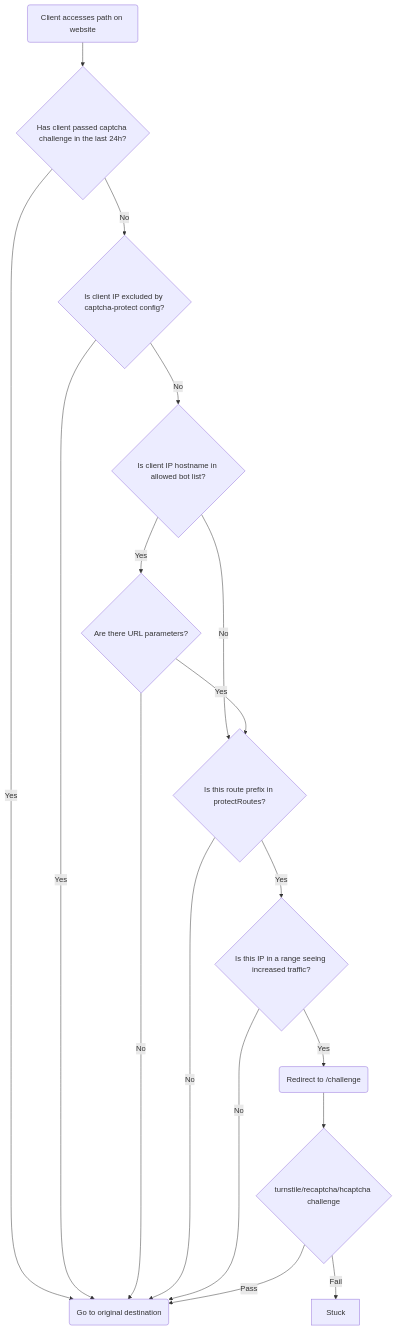
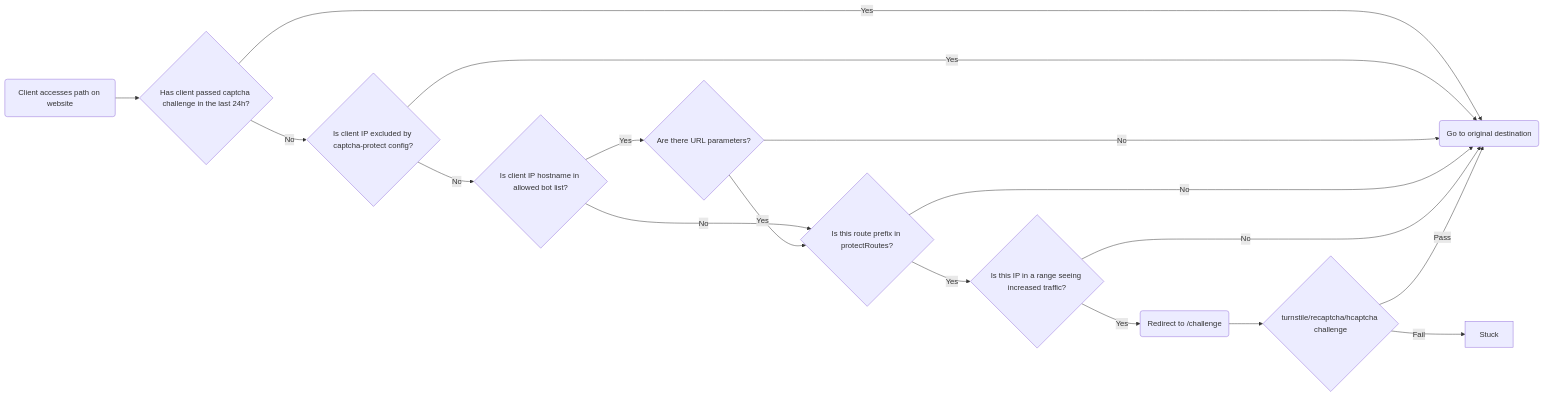
The diagram in README.md (libops/captcha-protect), drawn with Mermaid before and after one commit.

Commit message:
TD -> LR

````diff
--- a/README.md
+++ b/README.md
@@ -11,19 +11,19 @@
 ```mermaid
-flowchart TD
+flowchart LR
     Client(Client accesses path on website) --> IP{Has client passed captcha challenge in the last 24h?}
     IP -- Yes --> Continue(Go to original destination)
     IP -- No --> IP_BYPASS{Is client IP excluded by captcha-protect config?}
     IP_BYPASS -- Yes --> Continue(Go to original destination)
     IP_BYPASS -- No --> GOOD_BOT{Is client IP hostname in allowed bot list?}
     GOOD_BOT -- No --> PROTECTED_ROUTE{Is this route protected?}
     GOOD_BOT -- Yes --> CANONICAL_URL_BOT{Are there URL parameters?}
     CANONICAL_URL_BOT -- Yes --> PROTECTED_ROUTE{Is this route prefix in protectRoutes?}
     CANONICAL_URL_BOT -- No --> Continue(Go to original destination)
     PROTECTED_ROUTE -- Yes --> RATE_LIMIT{Is this IP in a range seeing increased traffic?}
     PROTECTED_ROUTE -- No --> Continue(Go to original destination)
     RATE_LIMIT -- Yes --> REDIRECT(Redirect to /challenge)
     RATE_LIMIT -- No --> Continue(Go to original destination)
     REDIRECT --> CHALLENGE{turnstile/recaptcha/hcaptcha challenge}
     CHALLENGE -- Pass --> Continue(Go to original destination)
     CHALLENGE -- Fail --> Stuck
 ```
````
